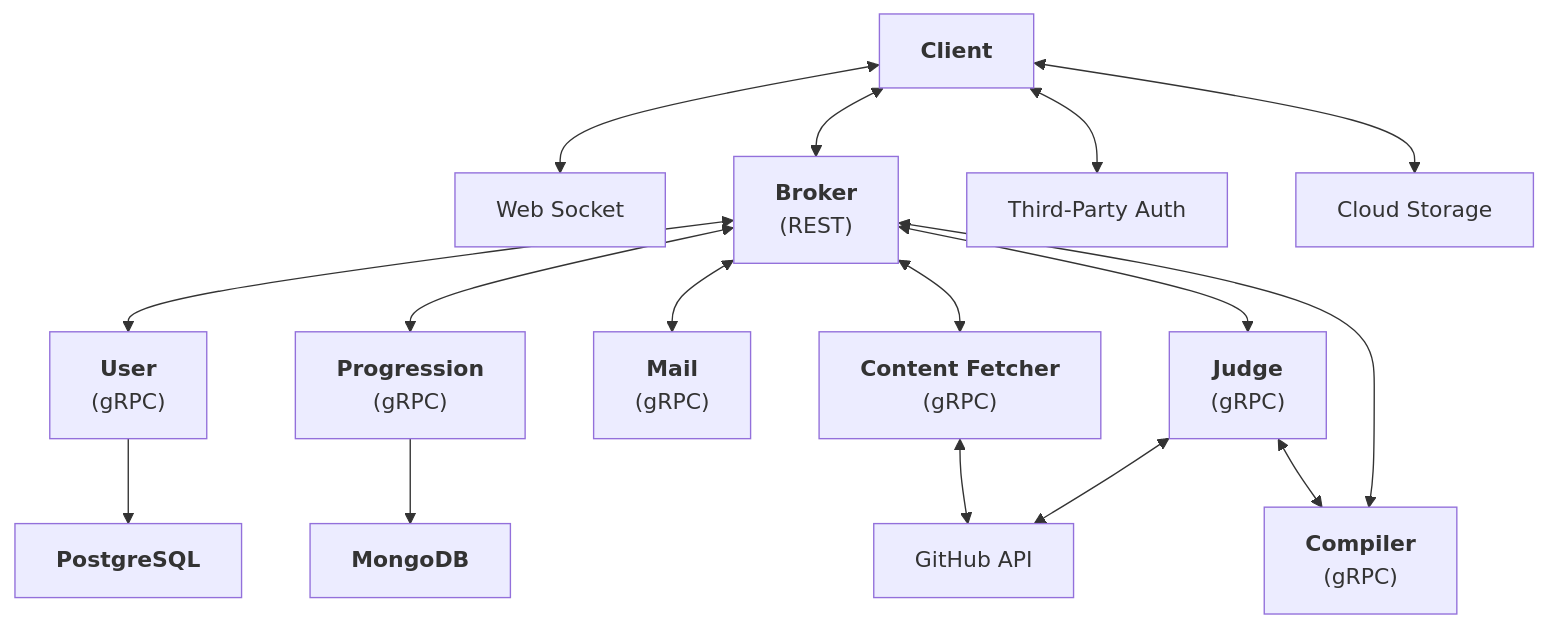
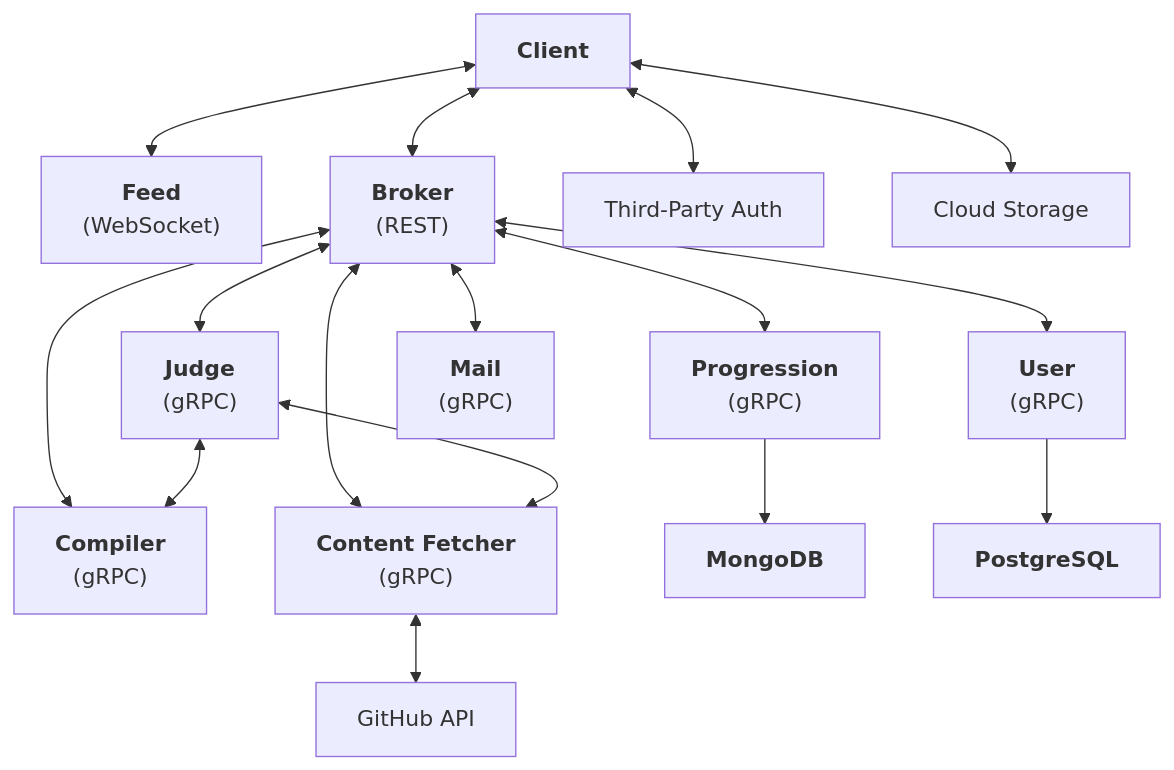
Before and after one commit to abyanmajid/picco: the diagram in README.md, drawn with Mermaid. The commit also changed other lines of this file, not shown here.

````diff
--- a/README.md
+++ b/README.md
@@ -23,35 +12,35 @@
 ```mermaid
 graph TD
     Client["<b>Client</b>"]
-    WS["Web Socket"]
+    Feed["<b>Feed</b><br>(WebSocket)"]
     Broker["<b>Broker</b><br>(REST)"]
     Auth["Third-Party Auth"]
     S3["Cloud Storage"]
     GH["GitHub API"]
     User["<b>User</b><br>(gRPC)"]
     Progression["<b>Progression</b><br>(gRPC)"]
+    Compiler["<b>Compiler</b><br>(gRPC)"]
+    Judge["<b>Judge</b><br>(gRPC)"]
+    CF["<b>Content Fetcher</b><br>(gRPC)"]
     Mail["<b>Mail</b><br>(gRPC)"]
-    CF["<b>Content Fetcher</b><br>(gRPC)"]
-    Judge["<b>Judge</b><br>(gRPC)"]
-    Compiler["<b>Compiler</b><br>(gRPC)"]
     MongoDB["<b>MongoDB</b>"]
     PostgreSQL["<b>PostgreSQL</b>"]
 
-    Client <--> WS
+    Client <--> Feed
     Client <--> Auth
     Client <--> S3
     Client <--> Broker
 
-    Broker <--> User
-    Broker <--> Progression
     Broker <--> CF
     Broker <--> Compiler
     Broker <--> Judge
+    Broker <--> User
+    Broker <--> Progression
     Broker <--> Mail
 
     User --> PostgreSQL
     Progression --> MongoDB
     Judge <--> Compiler
-    Judge <--> GH
+    Judge <--> CF
     CF <--> GH
 ```
````
